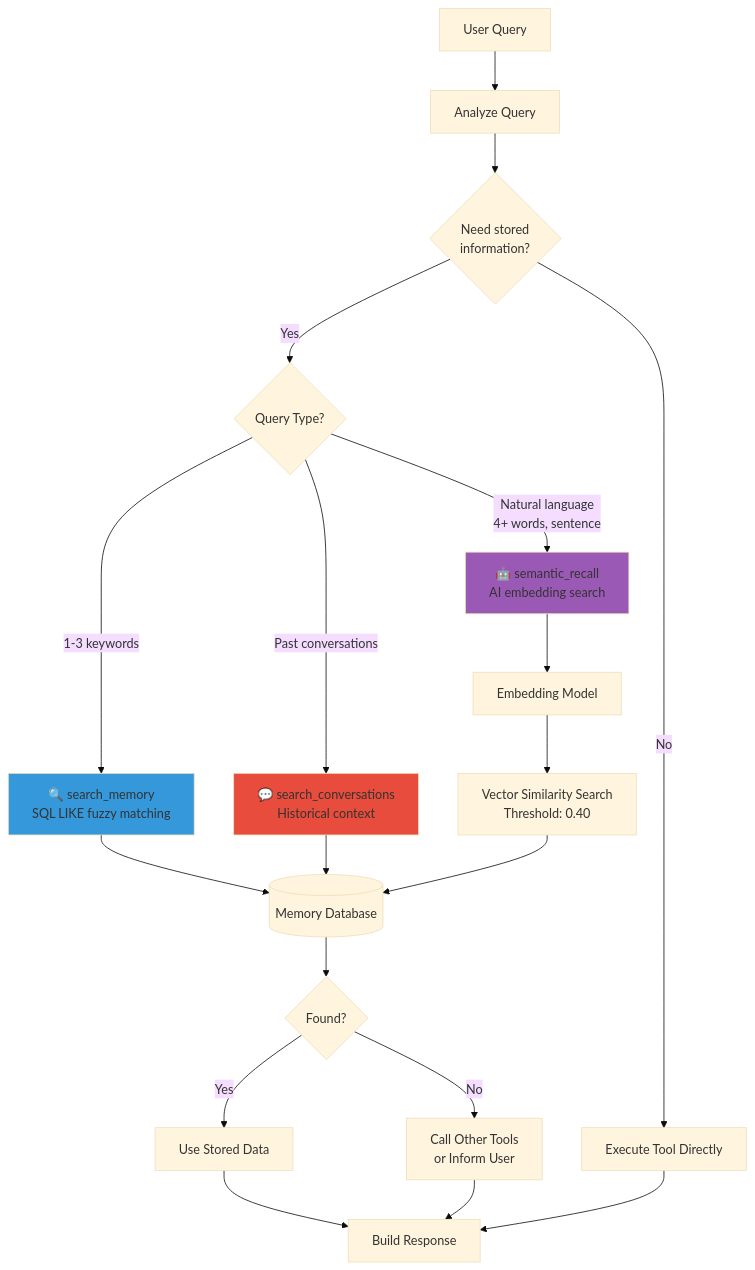
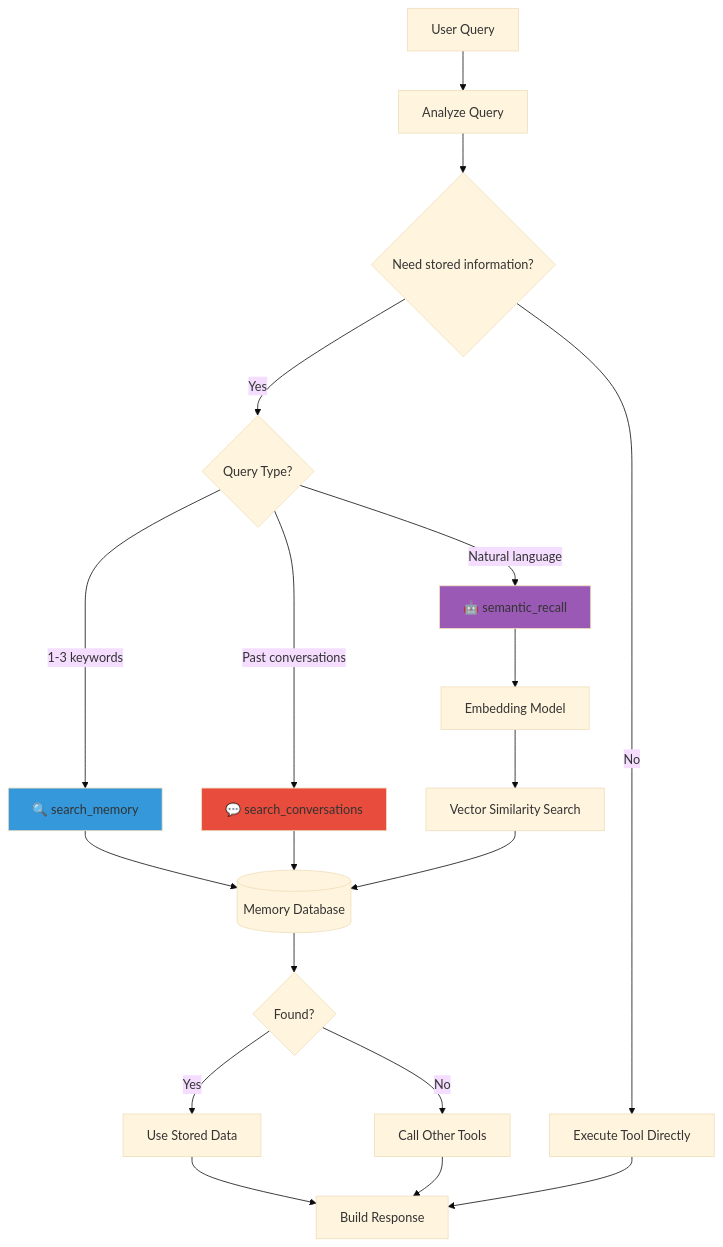
The third of 12 diagrams in docs/JARVIS_WORKFLOW.md (bigsk1/jarvis-voice), drawn with Mermaid (base theme) before and after one commit. The commit also changed other lines of this file, not shown here.

Commit message:
remove <br from mermaid charts

````diff
--- a/docs/JARVIS_WORKFLOW.md
+++ b/docs/JARVIS_WORKFLOW.md
@@ -123,31 +123,31 @@
 ```mermaid
 graph TB
     Query[User Query] --> Analyze[Analyze Query]
-    Analyze --> NeedInfo{Need stored<br/>information?}
+    Analyze --> NeedInfo{Need stored information?}
     
     NeedInfo -->|No| DirectTool[Execute Tool Directly]
     NeedInfo -->|Yes| SearchType{Query Type?}
     
-    SearchType -->|"1-3 keywords"| KeywordSearch[🔍 search_memory<br/>SQL LIKE fuzzy matching]
-    SearchType -->|"Natural language<br/>4+ words, sentence"| SemanticSearch[🤖 semantic_recall<br/>AI embedding search]
-    SearchType -->|"Past conversations"| ConversationSearch[💬 search_conversations<br/>Historical context]
+    SearchType -->|"1-3 keywords"| KeywordSearch[🔍 search_memory]
+    SearchType -->|"Natural language"| SemanticSearch[🤖 semantic_recall]
+    SearchType -->|"Past conversations"| ConversationSearch[💬 search_conversations]
     
     KeywordSearch --> MemDB[(Memory Database)]
     SemanticSearch --> EmbedModel[Embedding Model]
     ConversationSearch --> MemDB
     
-    EmbedModel --> VectorSearch[Vector Similarity Search<br/>Threshold: 0.40]
+    EmbedModel --> VectorSearch[Vector Similarity Search]
     VectorSearch --> MemDB
     
     MemDB --> Found{Found?}
     Found -->|Yes| UseMemory[Use Stored Data]
-    Found -->|No| UseOtherTool[Call Other Tools<br/>or Inform User]
+    Found -->|No| UseOtherTool[Call Other Tools]
     
     UseMemory --> Response[Build Response]
     UseOtherTool --> Response
     DirectTool --> Response
     
     style KeywordSearch fill:#3498db
     style SemanticSearch fill:#9b59b6
     style ConversationSearch fill:#e74c3c
 ```
````
